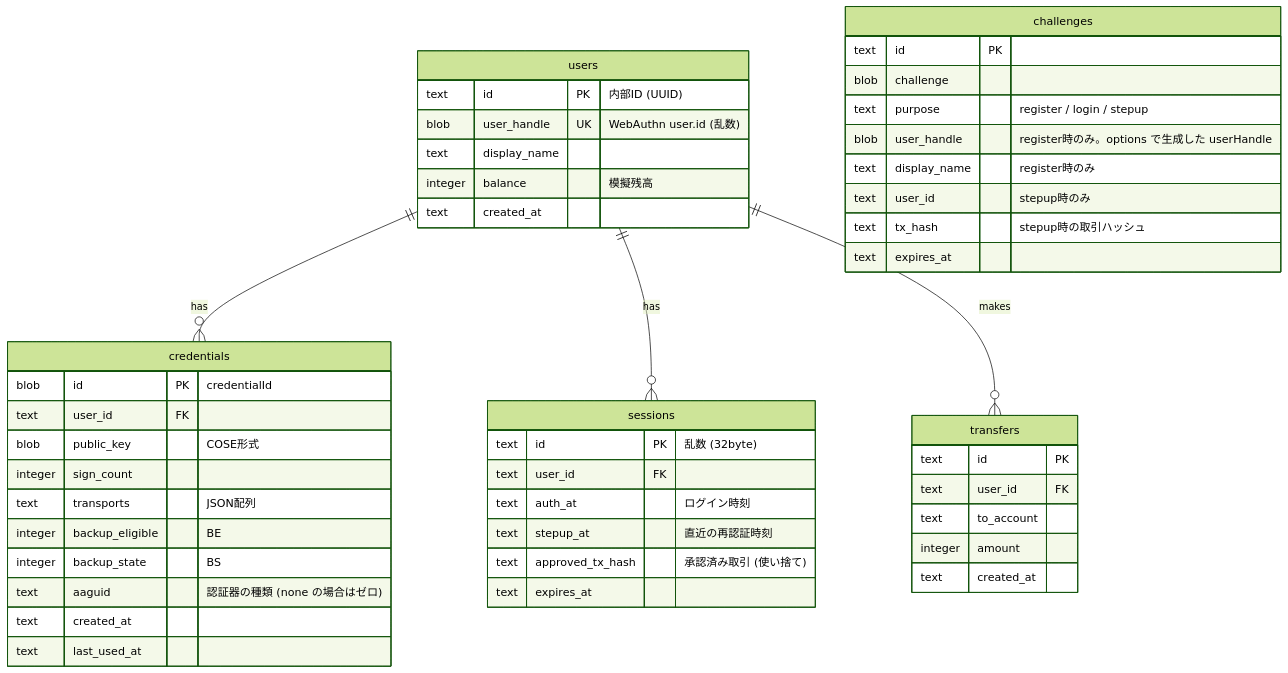
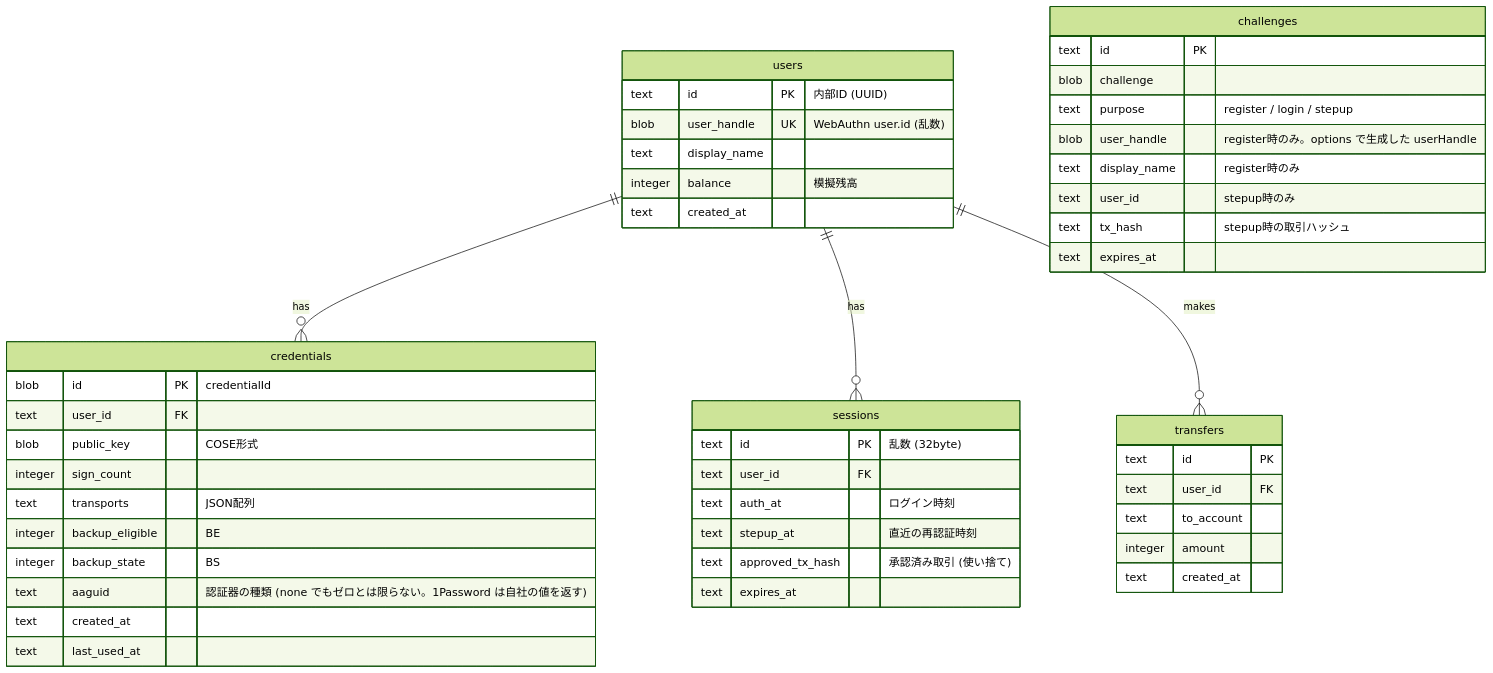
Before and after one commit to KazusaNakagawa/try-pass-key: the sixth of 6 diagrams in docs/01-architecture-proposal-poc.md, drawn with Mermaid (forest theme). The commit also changed 4 other files, not shown here.

````diff
--- a/docs/01-architecture-proposal-poc.md
+++ b/docs/01-architecture-proposal-poc.md
@@ -370,51 +370,51 @@
 ```mermaid
 erDiagram
   users ||--o{ credentials : has
   users ||--o{ sessions : has
   users ||--o{ transfers : makes
 
   users {
     text id PK "内部ID (UUID)"
     blob user_handle UK "WebAuthn user.id (乱数)"
     text display_name
     integer balance "模擬残高"
     text created_at
   }
   credentials {
     blob id PK "credentialId"
     text user_id FK
     blob public_key "COSE形式"
     integer sign_count
     text transports "JSON配列"
     integer backup_eligible "BE"
     integer backup_state "BS"
-    text aaguid "認証器の種類 (none の場合はゼロ)"
+    text aaguid "認証器の種類 (none でもゼロとは限らない。1Password は自社の値を返す)"
     text created_at
     text last_used_at
   }
   challenges {
     text id PK
     blob challenge
     text purpose "register / login / stepup"
     blob user_handle "register時のみ。options で生成した userHandle"
     text display_name "register時のみ"
     text user_id "stepup時のみ"
     text tx_hash "stepup時の取引ハッシュ"
     text expires_at
   }
   sessions {
     text id PK "乱数 (32byte)"
     text user_id FK
     text auth_at "ログイン時刻"
     text stepup_at "直近の再認証時刻"
     text approved_tx_hash "承認済み取引 (使い捨て)"
     text expires_at
   }
   transfers {
     text id PK
     text user_id FK
     text to_account
     integer amount
     text created_at
   }
 ```
````
